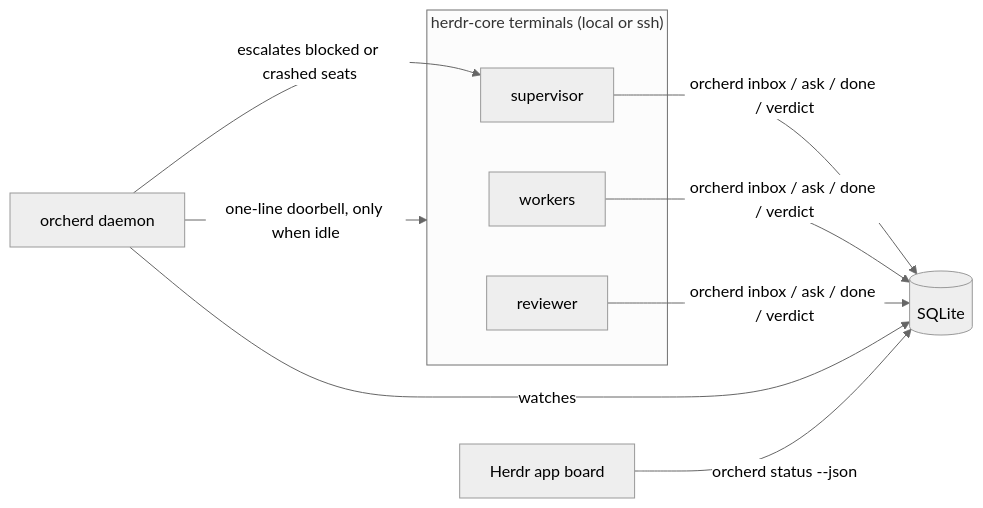
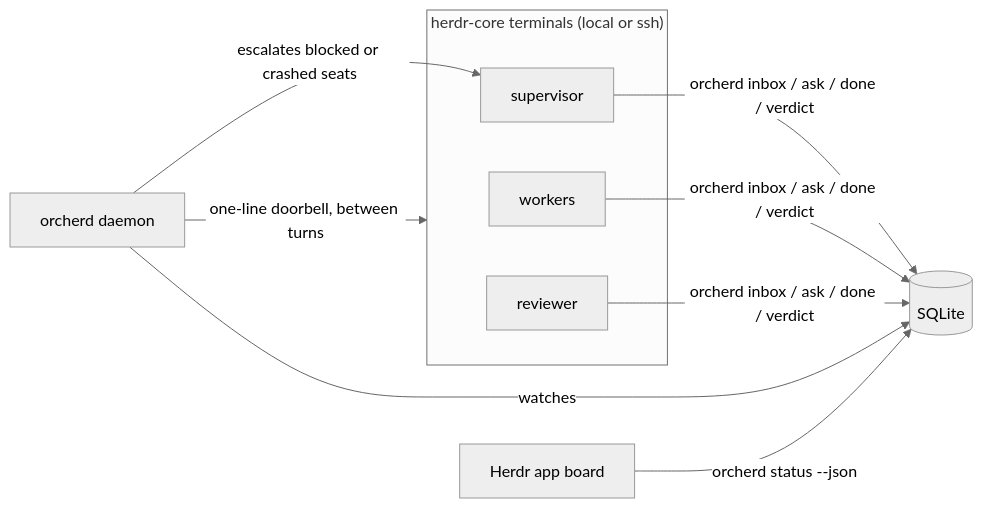
One commit to carteakey/orcherd changed the diagram in README.md. Above: the diagram before and after it, drawn with Mermaid (neutral theme). The commit also changed other lines of this file and 7 other files, not shown here.

First line of the commit message:
fix(daemon): ring seats that end turns as done; log only real deliveries (#12)

````diff
--- a/README.md
+++ b/README.md
@@ -81,13 +81,13 @@
 ```mermaid
 flowchart LR
     subgraph hc["herdr-core terminals (local or ssh)"]
         S[supervisor]
         W[workers]
         R[reviewer]
     end
     S & W & R -- "orcherd inbox / ask / done / verdict" --> DB[(SQLite)]
     D[orcherd daemon] -- "watches" --> DB
-    D -- "one-line doorbell, only when idle" --> hc
+    D -- "one-line doorbell, between turns" --> hc
     D -- "escalates blocked or crashed seats" --> S
     UI[Herdr app board] -- "orcherd status --json" --> DB
 ```
````
